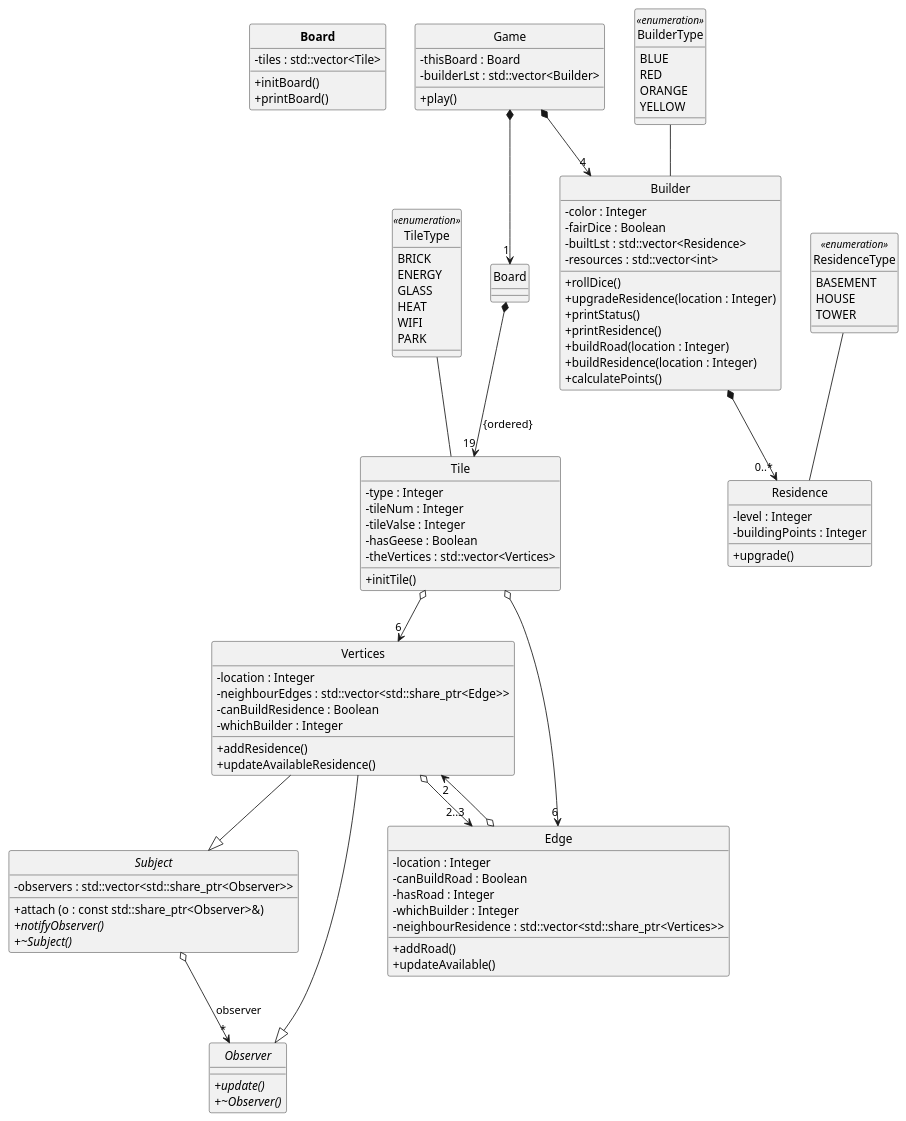
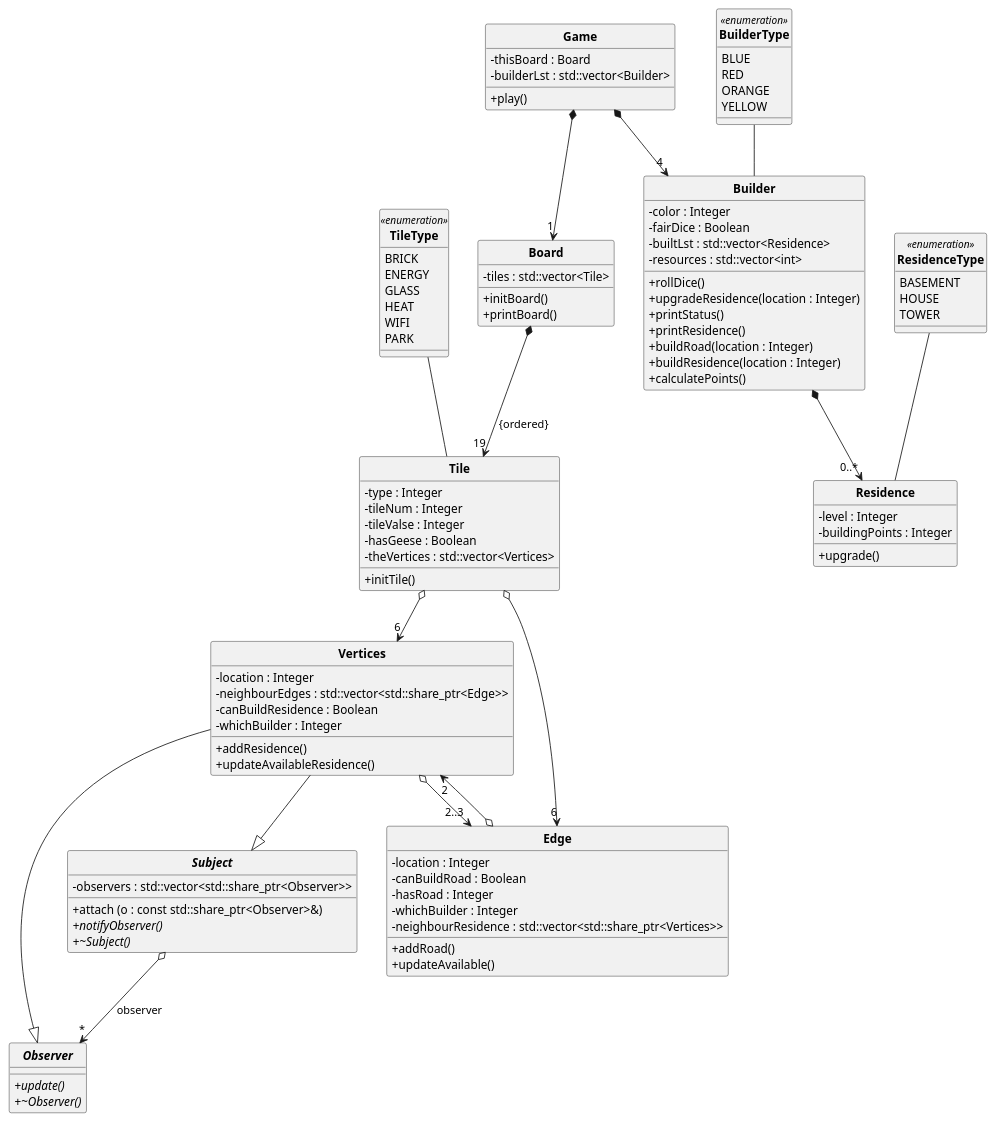
One commit to Charles-Shang/constructor changed the diagram in UML.wsd. Above: the diagram before and after it, drawn with PlantUML.

```diff
--- a/UML.wsd
+++ b/UML.wsd
@@ -1,115 +1,115 @@
 @startuml CS246 Final Project UML ddl#1
 skinparam style strictuml
 skinparam SequenceMessageAlignment center
 skinparam classAttributeIconSize 0
-
 
 class "**Board**"  {
     -tiles : std::vector<Tile>
     +initBoard()
     +printBoard()
 } 
 
-enum TileType << enumeration >> {
+enum "**TileType**" << enumeration >> {
     BRICK 
     ENERGY 
     GLASS 
     HEAT 
     WIFI 
     PARK
 }
 
-class Tile {
+class "**Tile**" {
     - type : Integer
     - tileNum : Integer
     - tileValse : Integer
     - hasGeese : Boolean
     - theVertices : std::vector<Vertices>
     + initTile()
 } 
-abstract class Observer {
+
+abstract class "**Observer**" {
     + {abstract} update()
     + {abstract} ~Observer()
 }
 
-abstract class Subject {
+abstract class "**Subject**" {
     - observers : std::vector<std::share_ptr<Observer>>
     + attach (o : const std::share_ptr<Observer>&)
     + {abstract} notifyObserver()
     + {abstract} ~Subject()
 }
 
-class Vertices {
+class "**Vertices**" {
     - location : Integer
     - neighbourEdges : std::vector<std::share_ptr<Edge>> 
     - canBuildResidence : Boolean
     - whichBuilder : Integer
     + addResidence()
     + updateAvailableResidence()
 }
 
-class Edge {
+class "**Edge**" {
     - location : Integer 
     - canBuildRoad : Boolean
     - hasRoad : Integer 
     - whichBuilder : Integer 
     - neighbourResidence : std::vector<std::share_ptr<Vertices>>
     + addRoad()
     + updateAvailable() 
 }
 
-enum BuilderType << enumeration >> {
+enum "**BuilderType**" << enumeration >> {
     BLUE 
     RED 
     ORANGE 
     YELLOW 
 }
 
-class Builder {
+class "**Builder**" {
     - color : Integer 
     - fairDice : Boolean
     - builtLst : std::vector<Residence> 
     - resources : std::vector<int>
     + rollDice()
     + upgradeResidence(location : Integer)
     + printStatus()
     + printResidence()
     + buildRoad(location : Integer) 
     + buildResidence(location : Integer)
     + calculatePoints()
 }
 
-enum ResidenceType << enumeration >> {
+enum "**ResidenceType**" << enumeration >> {
     BASEMENT 
     HOUSE
     TOWER  
 }
 
-class Residence {
+class "**Residence**" {
     - level : Integer 
     - buildingPoints : Integer 
     + upgrade()
 }
 
-class Game {
+class "**Game**" {
     - thisBoard : Board 
     - builderLst : std::vector<Builder>
     + play()
 }
 
-Game *--> "1" Board
-Subject o--> "*" Observer : "observer"
-Vertices --|> Subject 
-Vertices --|> Observer 
-Vertices o--> "2..3" Edge 
-Edge o--> "2" Vertices
-Game *--> "4" Builder
-Board *--> "19" Tile : {ordered}
-Tile o--> "6" Edge
-Tile o--> "6" Vertices
-Builder *--> "0..*"Residence
-BuilderType -- Builder 
-TileType -- Tile 
-ResidenceType -- Residence
+"**Game**" *--> "1" "**Board**"
+"**Subject**" o--> "*" "**Observer**" : "observer"
+"**Vertices**" --|> "**Subject**"
+"**Vertices**" --|> "**Observer**"
+"**Vertices**" o--> "2..3" "**Edge**" 
+"**Edge**" o--> "2" "**Vertices**"
+"**Game**" *--> "4" "**Builder**"
+"**Board**" *--> "19" "**Tile**" : {ordered}
+"**Tile**" o--> "6" "**Edge**"
+"**Tile**" o--> "6" "**Vertices**"
+"**Builder**" *--> "0..*" "**Residence**"
+"**BuilderType**" -- "**Builder**"
+"**TileType**" -- "**Tile**"
+"**ResidenceType**" -- "**Residence**"
 
 @enduml
```
